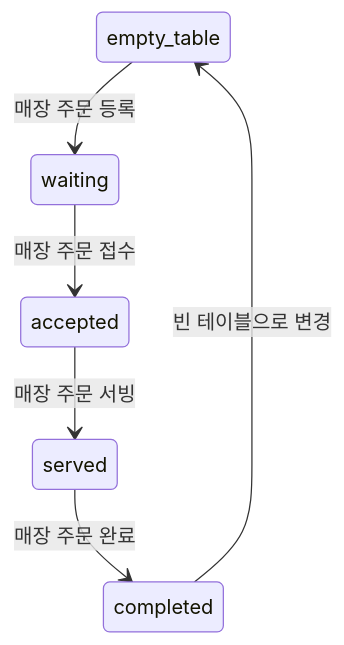
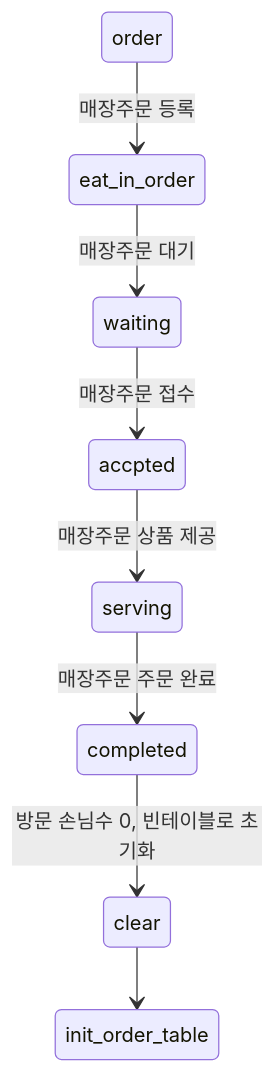
The fifth of 7 diagrams in README.md (jinyoonYang/ddd-strategic-design), drawn with Mermaid before and after one commit. The commit also changed other lines of this file, not shown here.

````diff
--- a/README.md
+++ b/README.md
@@ -251,9 +299,11 @@
 ```mermaid
 stateDiagram-v2
-    table: empty_table
-    table --> waiting: 매장 주문 등록
-    waiting --> accepted: 매장 주문 접수
-    accepted --> served: 매장 주문 서빙
-    served --> completed: 매장 주문 완료
-    completed --> table: 빈 테이블으로 변경
+  table: order
+  table --> eat_in_order: 매장주문 등록
+  eat_in_order --> waiting : 매장주문 대기
+  waiting --> accpted : 매장주문 접수
+  accpted --> serving : 매장주문 상품 제공
+  serving --> completed : 매장주문 주문 완료
+  completed --> clear : 방문 손님수 0, 빈테이블로 초기화
+  clear --> init_order_table
 ```
````
